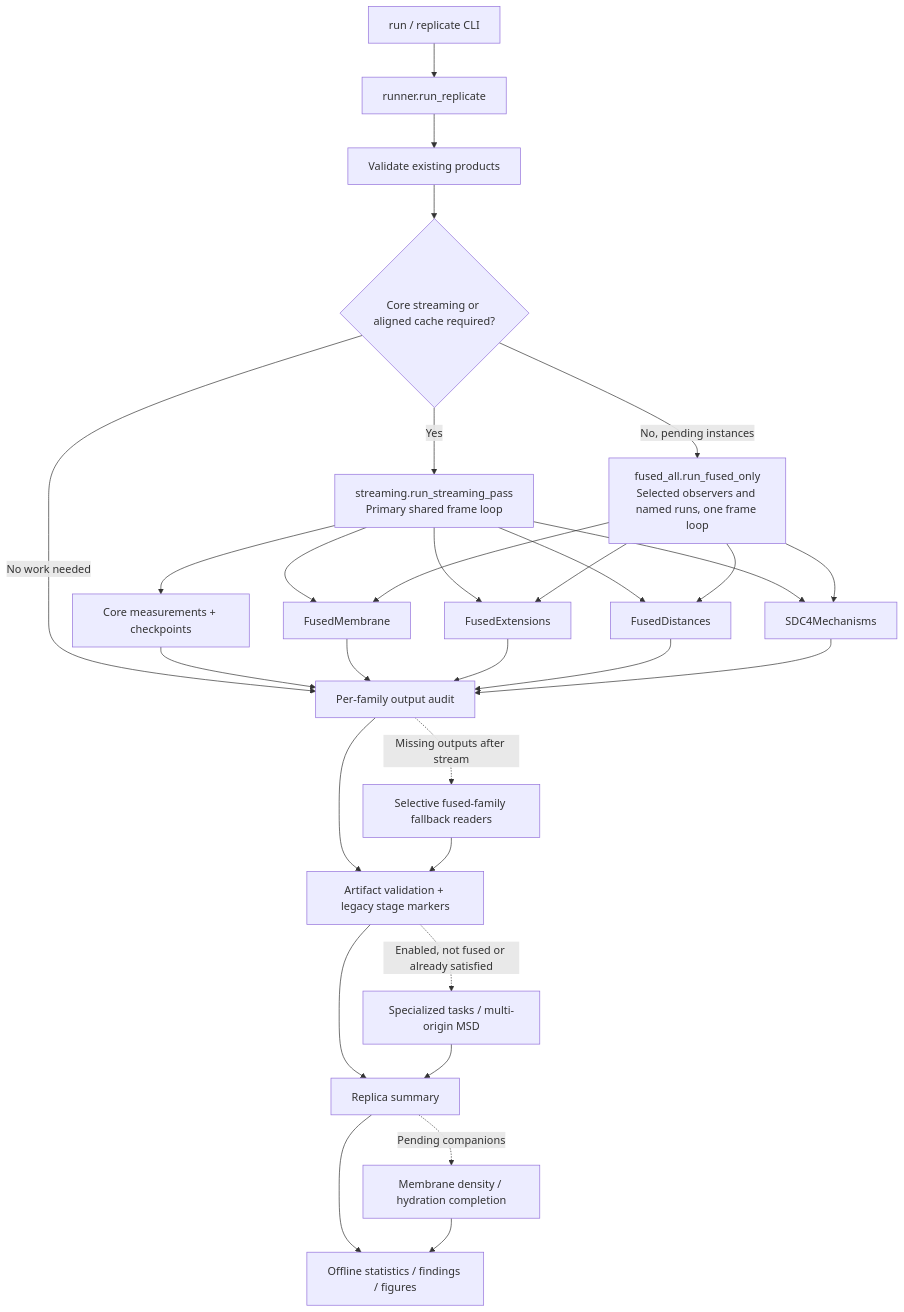
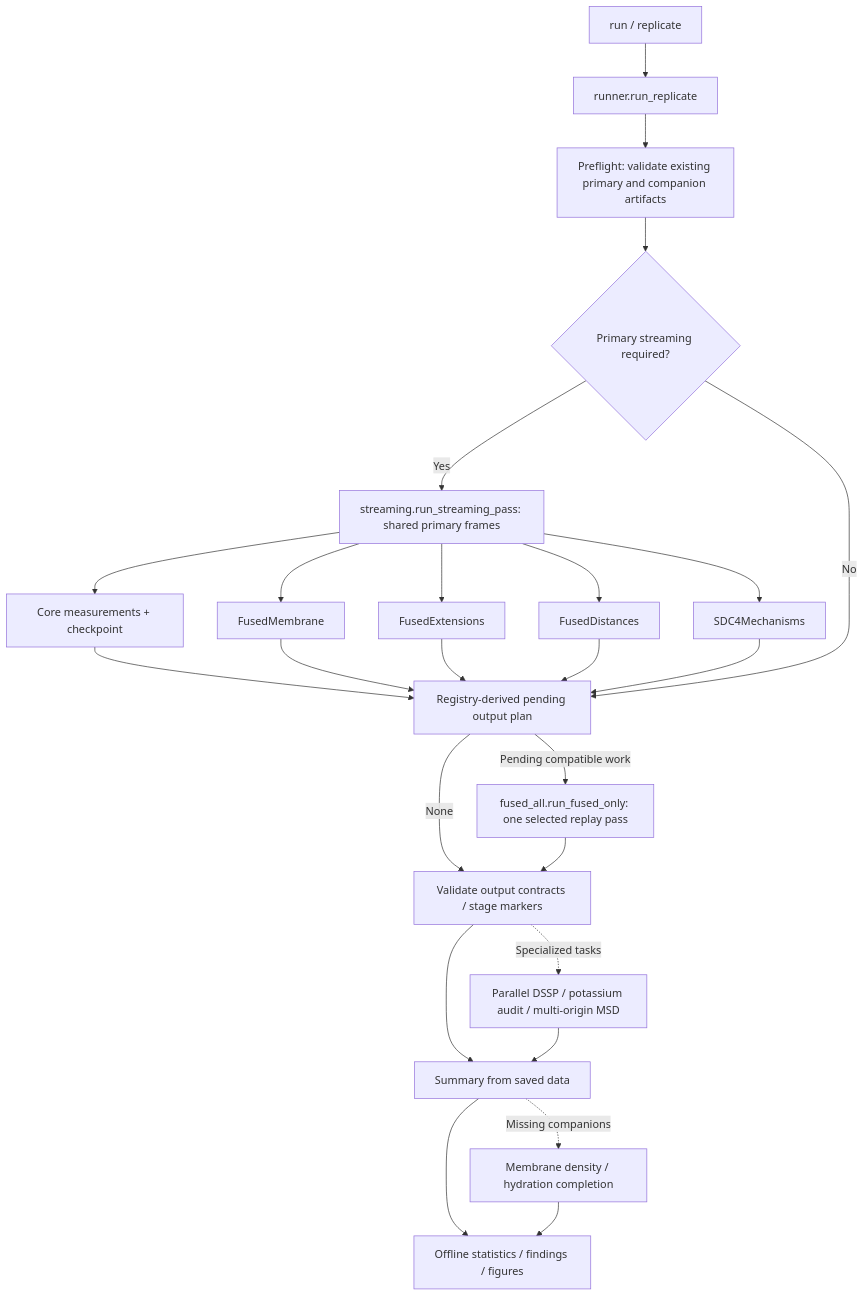
One commit to MarionQL/MDscope changed the first of 3 diagrams in docs/developer/pipeline-graphs.md. Above: the diagram before and after it, drawn with Mermaid. The commit also changed other lines of this file and 9 other files, not shown here.

First line of the commit message:
[P1][Architecture] Unify replica fused recovery and pending-output planning (#279) (#285)

````diff
--- a/docs/developer/pipeline-graphs.md
+++ b/docs/developer/pipeline-graphs.md
@@ -25,32 +25,27 @@
 ```mermaid
 flowchart TD
-    CLI["run / replicate CLI"] --> RUN["runner.run_replicate"]
-    RUN --> PREF["Validate existing products"]
-    PREF --> DEC{"Core streaming or aligned cache required?"}
-    DEC -->|Yes| STR["streaming.run_streaming_pass<br/>Primary shared frame loop"]
-    DEC -->|No, pending instances| FO["fused_all.run_fused_only<br/>Selected observers and named runs, one frame loop"]
-    DEC -->|No work needed| AUD["Per-family output audit"]
-    STR --> CORE["Core measurements + checkpoints"]
+    CLI["run / replicate"] --> RUN["runner.run_replicate"]
+    RUN --> PREF["Preflight: validate existing primary and companion artifacts"]
+    PREF --> DEC{"Primary streaming required?"}
+    DEC -->|Yes| STR["streaming.run_streaming_pass: shared primary frames"]
+    STR --> CORE["Core measurements + checkpoint"]
     STR --> MEM["FusedMembrane"]
     STR --> EXT["FusedExtensions"]
     STR --> DIST["FusedDistances"]
     STR --> MECH["SDC4Mechanisms"]
-    FO --> MEM
-    FO --> EXT
-    FO --> DIST
-    FO --> MECH
-    CORE --> AUD
-    MEM --> AUD
-    EXT --> AUD
-    DIST --> AUD
-    MECH --> AUD
-    AUD -.->|Missing outputs after stream| FALL["Selective fused-family fallback readers"]
-    AUD --> VER["Artifact validation + legacy stage markers"]
-    FALL --> VER
-    VER -.->|Enabled, not fused or already satisfied| TASK["Specialized tasks / multi-origin MSD"]
-    VER --> SUM["Replica summary"]
+    CORE --> PLAN["Registry-derived pending output plan"]
+    MEM --> PLAN
+    EXT --> PLAN
+    DIST --> PLAN
+    MECH --> PLAN
+    DEC -->|No| PLAN
+    PLAN -->|Pending compatible work| FO["fused_all.run_fused_only: one selected replay pass"]
+    PLAN -->|None| VERIFY["Validate output contracts / stage markers"]
+    FO --> VERIFY
+    VERIFY -.->|Specialized tasks| TASK["Parallel DSSP / potassium audit / multi-origin MSD"]
+    VERIFY --> SUM["Summary from saved data"]
     TASK --> SUM
-    SUM -.->|Pending companions| LATE["Membrane density / hydration completion"]
-    SUM --> FIN["Offline statistics / findings / figures"]
-    LATE --> FIN
+    SUM -.->|Missing companions| LATE["Membrane density / hydration completion"]
+    SUM --> OFF["Offline statistics / findings / figures"]
+    LATE --> OFF
 ```
````
